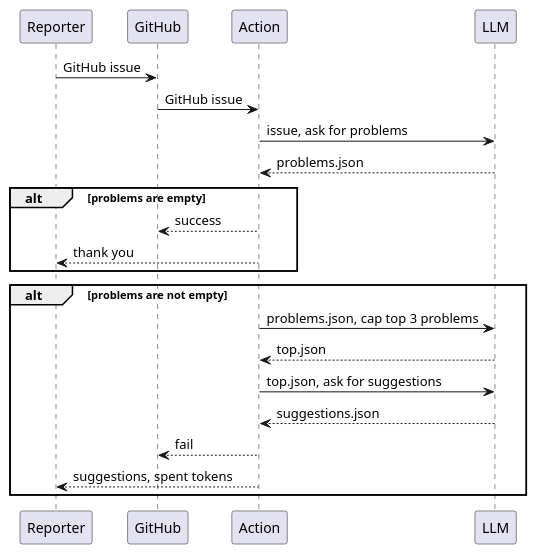
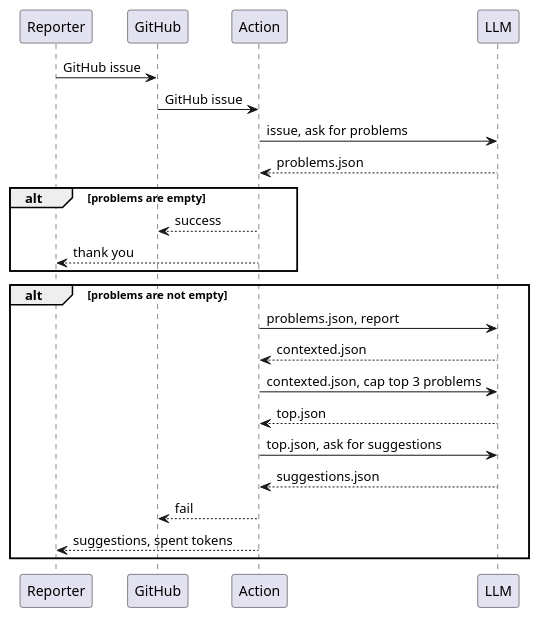
Before and after one commit to tracehubpm/reports-check-action: the diagram in doc/evaluation.puml, drawn with PlantUML. The commit also changed 1 other file, not shown here.

```diff
--- a/doc/evaluation.puml
+++ b/doc/evaluation.puml
@@ -1,23 +1,27 @@
 @startuml
 participant Reporter as reporter
 participant GitHub as github
 participant Action as action
 participant LLM as llm
 
 reporter -> github: GitHub issue
 github -> action: GitHub issue
+'action -> llm: issue, rules
+'llm --> action: matched rules
 action -> llm: issue, ask for problems
 llm --> action: problems.json
 alt problems are empty
   action --> github: success
   action --> reporter: thank you
 end
 alt problems are not empty
-  action -> llm: problems.json, cap top 3 problems
+  action -> llm: problems.json, report
+  llm --> action: contexted.json
+  action -> llm: contexted.json, cap top 3 problems
   llm --> action: top.json
   action -> llm: top.json, ask for suggestions
   llm --> action: suggestions.json
   action --> github: fail
   action --> reporter: suggestions, spent tokens
 end
 @enduml
```
